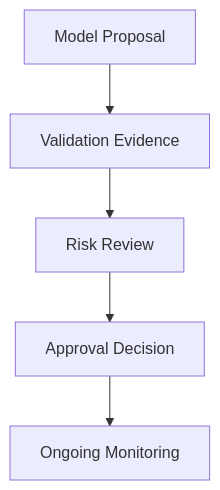
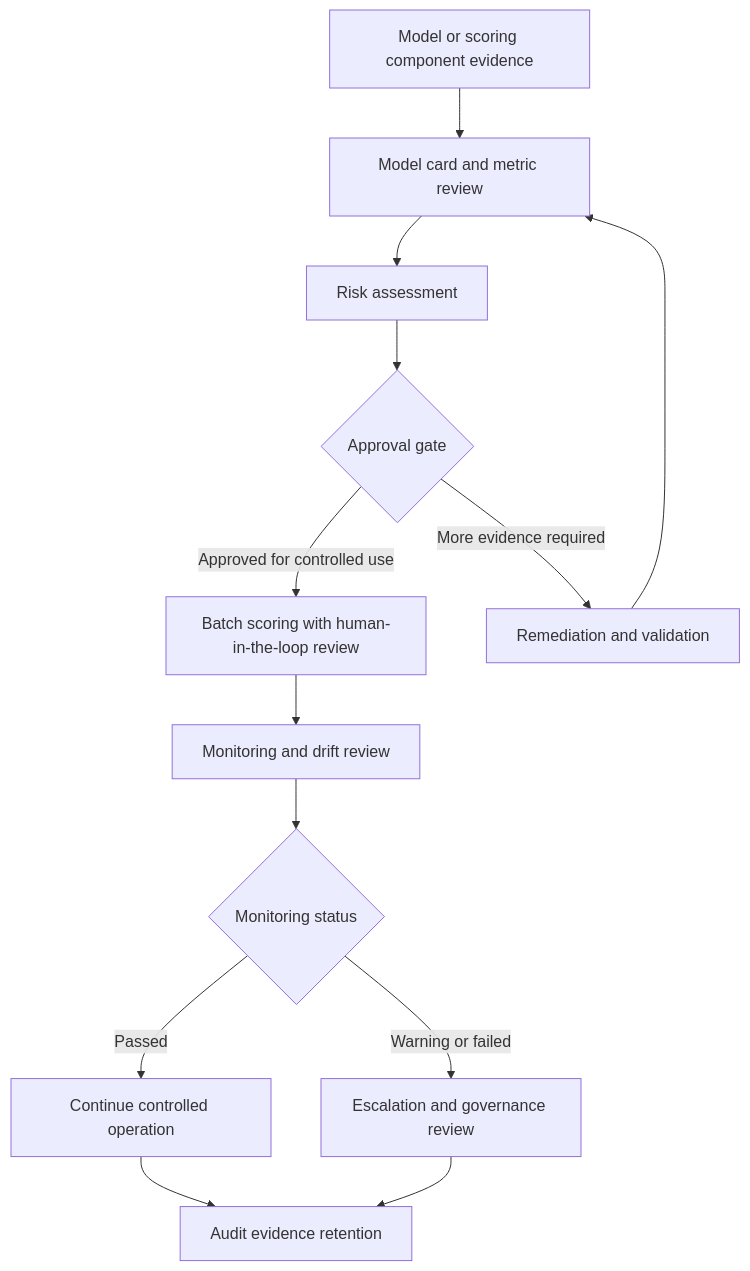
The diagram in diagrams/governance_workflow.mmd (Ibraheemolasupogit/gcp-financial-crime-ml-intelligence-platform), drawn with Mermaid before and after one commit. The commit also changed other lines of this file and 15 other files, not shown here.

Commit message:
Add GCP reference architecture blueprint

```diff
--- a/diagrams/governance_workflow.mmd
+++ b/diagrams/governance_workflow.mmd
@@ -1,5 +1,13 @@
 flowchart TD
-    A["Model Proposal"] --> B["Validation Evidence"]
-    B --> C["Risk Review"]
-    C --> D["Approval Decision"]
-    D --> E["Ongoing Monitoring"]
+    A["Model or scoring component evidence"] --> B["Model card and metric review"]
+    B --> C["Risk assessment"]
+    C --> D{"Approval gate"}
+    D -->|"Approved for controlled use"| E["Batch scoring with human-in-the-loop review"]
+    D -->|"More evidence required"| F["Remediation and validation"]
+    F --> B
+    E --> G["Monitoring and drift review"]
+    G --> H{"Monitoring status"}
+    H -->|"Passed"| I["Continue controlled operation"]
+    H -->|"Warning or failed"| J["Escalation and governance review"]
+    I --> K["Audit evidence retention"]
+    J --> K
```
